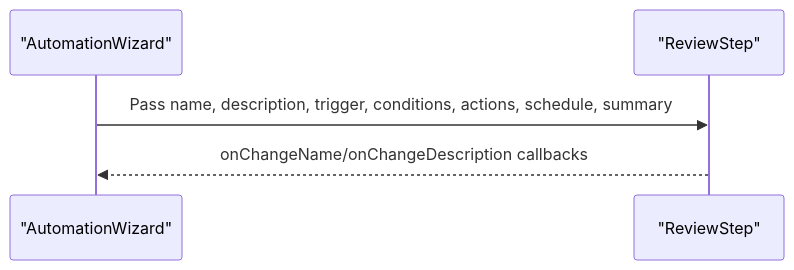
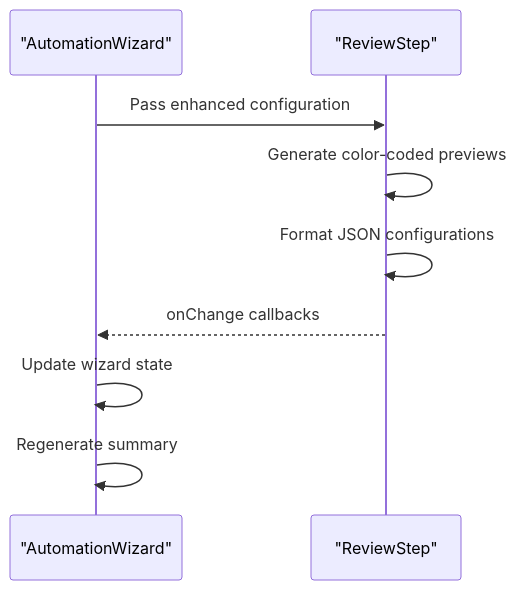
Before and after one commit to gastaldellomarco/pcReady: the eighth of 10 diagrams in .qoder/repowiki/en/content/Automation System/Automation Flow Builder.md, drawn with Mermaid. The commit also changed other lines of this file and 19 other files, not shown here.

First line of the commit message:
feat(automation): enhance Automation Flow Builder with dual-mode design and advanced UI

````diff
--- a/.qoder/repowiki/en/content/Automation System/Automation Flow Builder.md
+++ b/.qoder/repowiki/en/content/Automation System/Automation Flow Builder.md
@@ -290,7 +392,11 @@
 ```mermaid
 sequenceDiagram
 participant W as "AutomationWizard"
 participant R as "ReviewStep"
-W->>R : Pass name, description, trigger, conditions, actions, schedule, summary
-R-->>W : onChangeName/onChangeDescription callbacks
+W->>R : Pass enhanced configuration
+R->>R : Generate color-coded previews
+R->>R : Format JSON configurations
+R-->>W : onChange callbacks
+W->>W : Update wizard state
+W->>W : Regenerate summary
 ```
````
